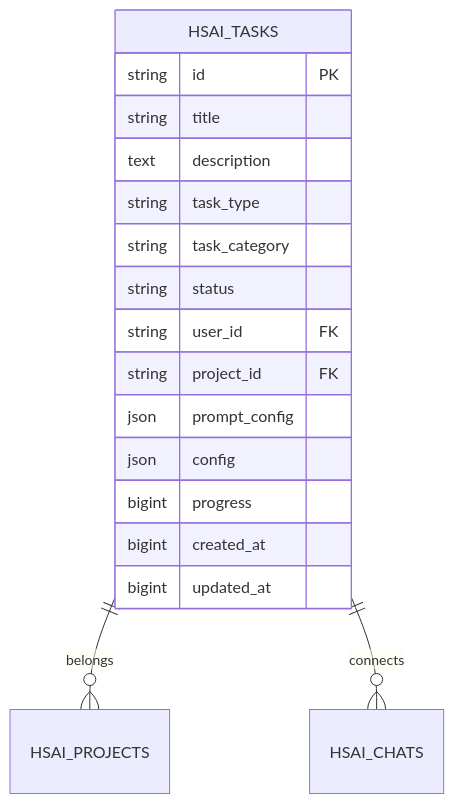
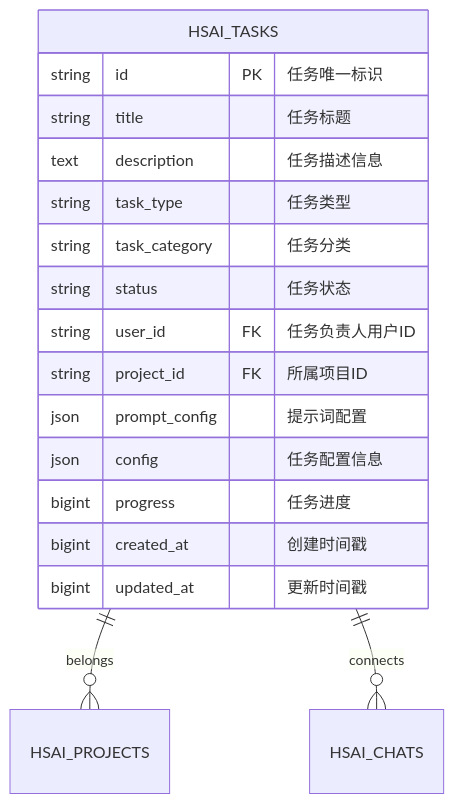
Before and after one commit to Cokefish9527/open-webui: the fifth of 13 diagrams in docs/96-基于任务的对话管理系统优化方案.md, drawn with Mermaid. The commit also changed other lines of this file, not shown here.

First line of the commit message:
docs(database): 补充实体关系图表字段说明

````diff
--- a/docs/96-基于任务的对话管理系统优化方案.md
+++ b/docs/96-基于任务的对话管理系统优化方案.md
@@ -126,20 +126,20 @@
 ```mermaid
 erDiagram
     HSAI_TASKS ||--o{ HSAI_PROJECTS : belongs
     HSAI_TASKS ||--o{ HSAI_CHATS : connects
     HSAI_TASKS {
-        string id PK
-        string title
-        text description
-        string task_type
-        string task_category
-        string status
-        string user_id FK
-        string project_id FK
-        json prompt_config
-        json config
-        bigint progress
-        bigint created_at
-        bigint updated_at
+        string id PK "任务唯一标识"
+        string title "任务标题"
+        text description "任务描述信息"
+        string task_type "任务类型"
+        string task_category "任务分类"
+        string status "任务状态"
+        string user_id FK "任务负责人用户ID"
+        string project_id FK "所属项目ID"
+        json prompt_config "提示词配置"
+        json config "任务配置信息"
+        bigint progress "任务进度"
+        bigint created_at "创建时间戳"
+        bigint updated_at "更新时间戳"
     }
 ```
````
